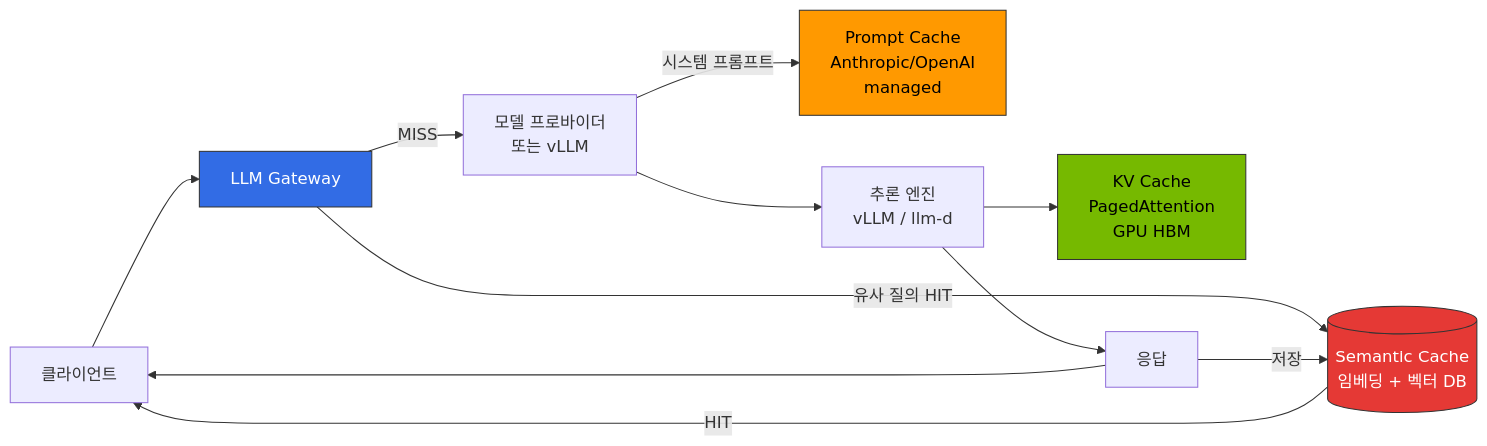
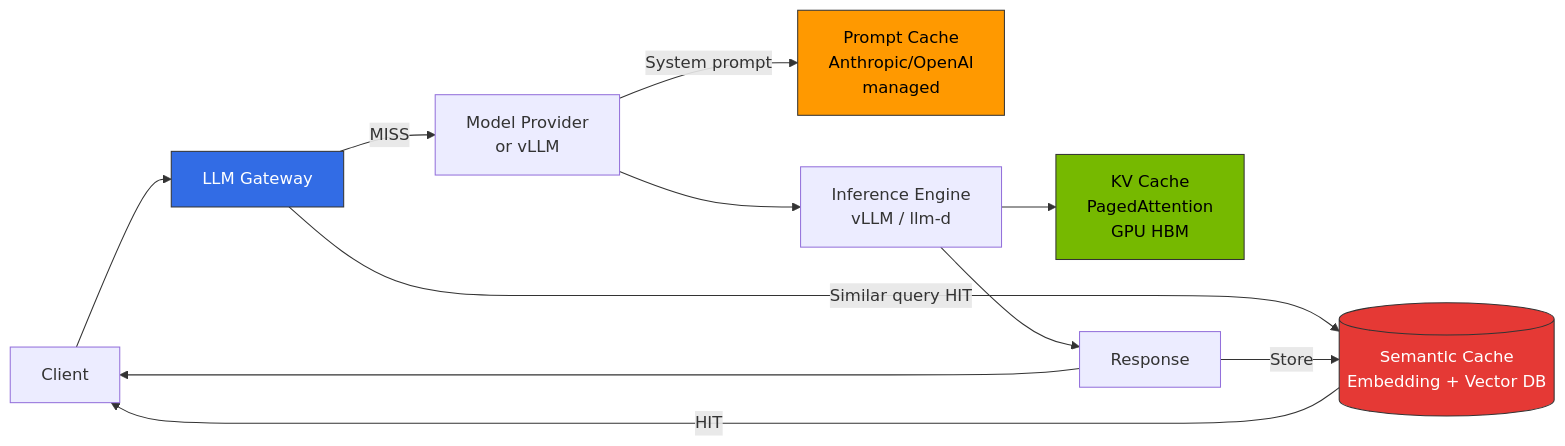
The first of 2 diagrams in docs/agentic-ai-platform/model-serving/inference-optimization/semantic-caching-strategy.md (devfloor9/engineering-playbook), drawn with Mermaid before and after one commit. The commit also changed other lines of this file and 954 other files, not shown here.

````diff
--- a/docs/agentic-ai-platform/model-serving/inference-optimization/semantic-caching-strategy.md
+++ b/docs/agentic-ai-platform/model-serving/inference-optimization/semantic-caching-strategy.md
@@ -62,19 +62,19 @@
 ```mermaid
 flowchart LR
-    Client[클라이언트]
+    Client[Client]
     Client --> GW[LLM Gateway]
-    GW -->|유사 질의 HIT| SC[(Semantic Cache<br/>임베딩 + 벡터 DB)]
+    GW -->|Similar query HIT| SC[(Semantic Cache<br/>Embedding + Vector DB)]
     SC -->|HIT| Client
-    GW -->|MISS| Prov[모델 프로바이더<br/>또는 vLLM]
-    Prov -->|시스템 프롬프트| PC[Prompt Cache<br/>Anthropic/OpenAI<br/>managed]
-    Prov --> Engine[추론 엔진<br/>vLLM / llm-d]
+    GW -->|MISS| Prov[Model Provider<br/>or vLLM]
+    Prov -->|System prompt| PC[Prompt Cache<br/>Anthropic/OpenAI<br/>managed]
+    Prov --> Engine[Inference Engine<br/>vLLM / llm-d]
     Engine --> KV[KV Cache<br/>PagedAttention<br/>GPU HBM]
-    Engine --> Resp[응답]
-    Resp -->|저장| SC
+    Engine --> Resp[Response]
+    Resp -->|Store| SC
     Resp --> Client
 
     style SC fill:#e53935,stroke:#333,color:#fff
     style PC fill:#ff9900,stroke:#333,color:#000
     style KV fill:#76b900,stroke:#333,color:#000
     style GW fill:#326ce5,stroke:#333,color:#fff
 ```
````
